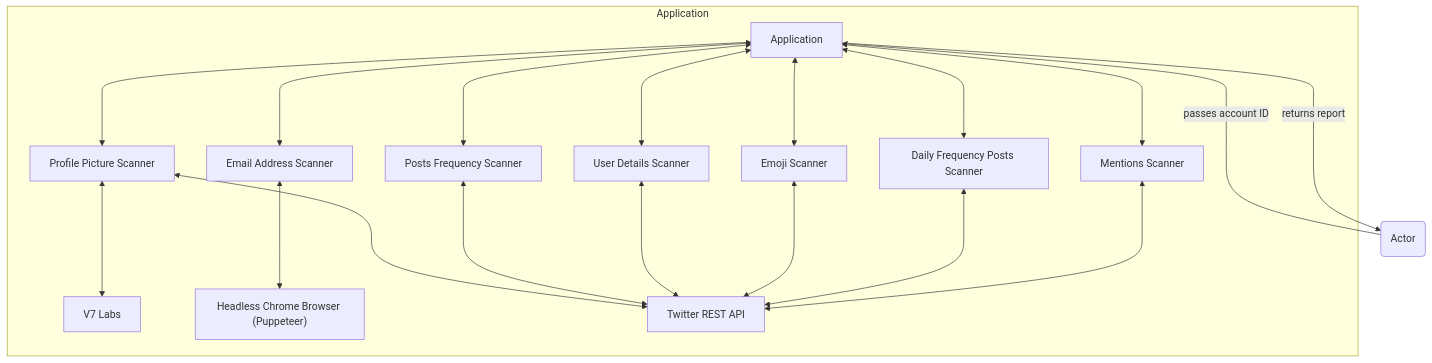
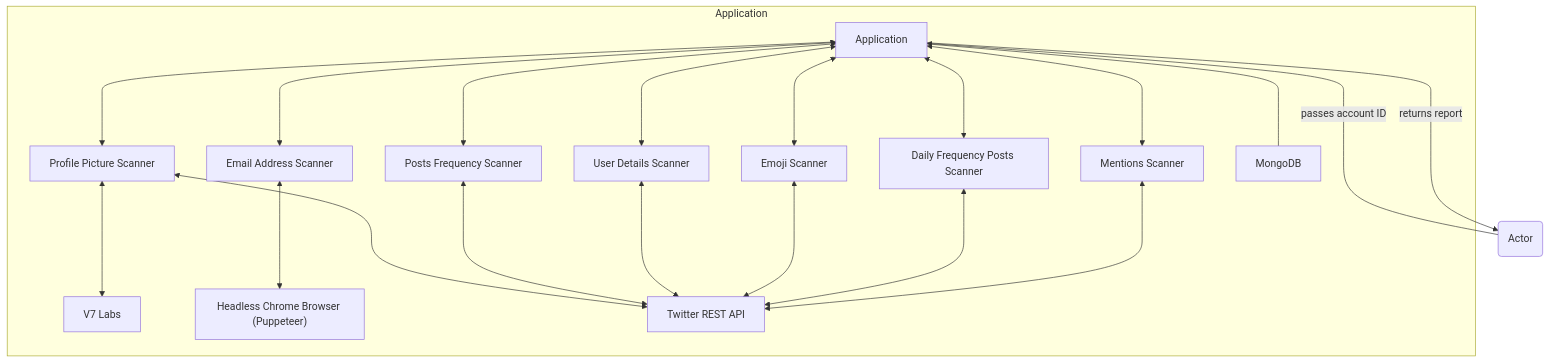
Before and after one commit to elszczepano/master-thesis-automation: the diagram in README.md, drawn with Mermaid.

Commit message:
Add diagram

````diff
--- a/README.md
+++ b/README.md
@@ -24,22 +24,23 @@
 ```mermaid
 flowchart BT
     A(Actor) -- passes account ID ----> B[Application]
     B -- returns report --> A
     subgraph Application
         C[Profile Picture Scanner] <---> B
         E[Posts Frequency Scanner] <---> B
         F[User Details Scanner] <---> B
         G[Emoji Scanner] <---> B
         K[Daily Frequency Posts Scanner]  <---> B
         L[Mentions Scanner]  <---> B
         D[Email Address Scanner] <---> B
+        M[MongoDB] <--- B
         H[V7 Labs] <---> C
         I["Headless Chrome Browser (Puppeteer)"] <---> D
         J[Twitter REST API] <---> C
         J <---> E
         J <---> F
         J <---> G
         J <---> K
         J <---> L
     end
 ```
````
